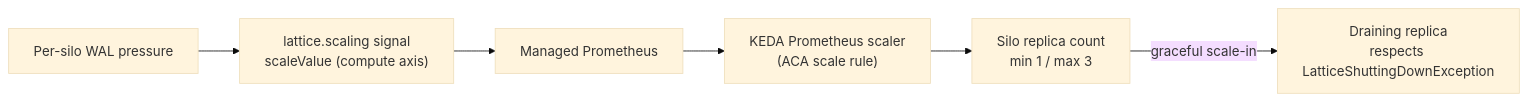
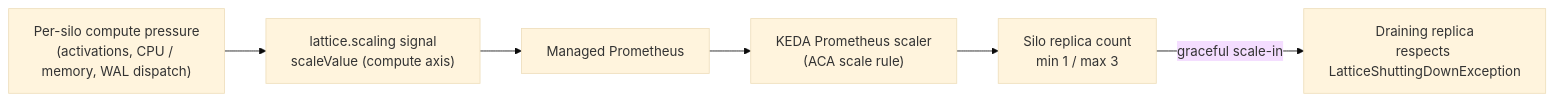
Before and after one commit to NSTA1/Orleans.Lattice: the fourth of 7 diagrams in reference-architecture.md, drawn with Mermaid (base theme). The commit also changed other lines of this file and 448 other files, not shown here.

````diff
--- a/reference-architecture.md
+++ b/reference-architecture.md
@@ -272,8 +279,8 @@
 ```mermaid
 flowchart LR
-    WAL["Per-silo WAL pressure"] --> SIG["lattice.scaling signal<br/>scaleValue (compute axis)"]
+    WAL["Per-silo compute pressure<br/>(activations, CPU / memory, WAL dispatch)"] --> SIG["lattice.scaling signal<br/>scaleValue (compute axis)"]
     SIG --> PROM["Managed Prometheus"]
     PROM --> KEDA["KEDA Prometheus scaler<br/>(ACA scale rule)"]
     KEDA --> REPL["Silo replica count<br/>min 1 / max 3"]
     REPL -->|"graceful scale-in"| DRAIN["Draining replica<br/>respects LatticeShuttingDownException"]
 ```
````
